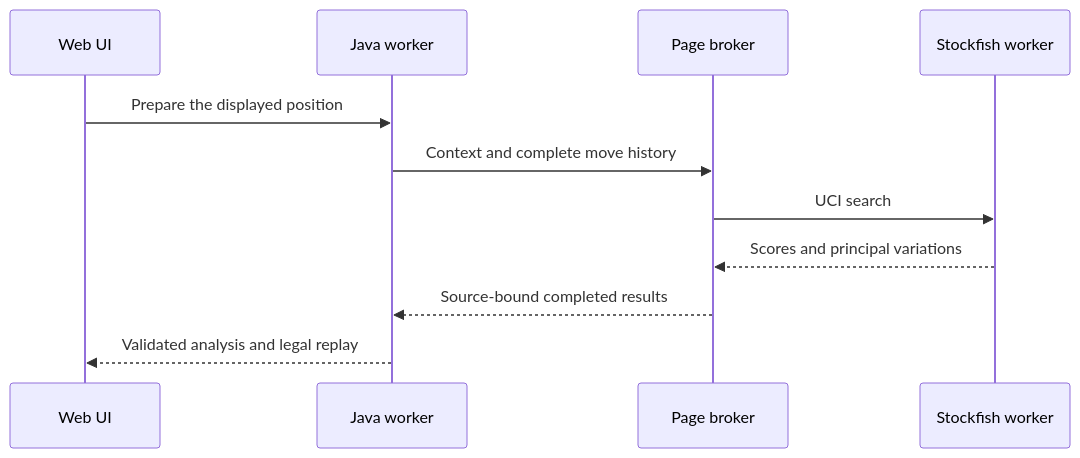
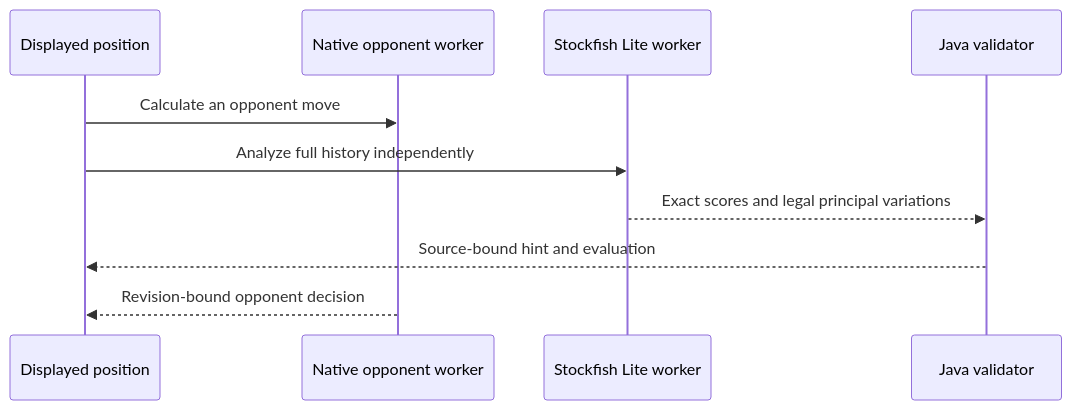
Before and after one commit to crististefanita/chess: the diagram in web/stockfish.md, drawn with Mermaid. The commit also changed other lines of this file and 70 other files, not shown here.

Commit message:
Integrate pinned Stockfish Lite coaching on Web and Android

````diff
--- a/web/stockfish.md
+++ b/web/stockfish.md
@@ -24,13 +22,12 @@
 ```mermaid
 sequenceDiagram
-    participant UI as Web UI
-    participant Java as Java worker
-    participant Broker as Page broker
-    participant SF as Stockfish worker
-    UI->>Java: Prepare the displayed position
-    Java->>Broker: Context and complete move history
-    Broker->>SF: UCI search
-    SF-->>Broker: Scores and principal variations
-    Broker-->>Java: Source-bound completed results
-    Java-->>UI: Validated analysis and legal replay
+    participant UI as Displayed position
+    participant Native as Native opponent worker
+    participant Coach as Stockfish Lite worker
+    participant Java as Java validator
+    UI->>Native: Calculate an opponent move
+    UI->>Coach: Analyze full history independently
+    Coach-->>Java: Exact scores and legal principal variations
+    Java-->>UI: Source-bound hint and evaluation
+    Native-->>UI: Revision-bound opponent decision
 ```
````
